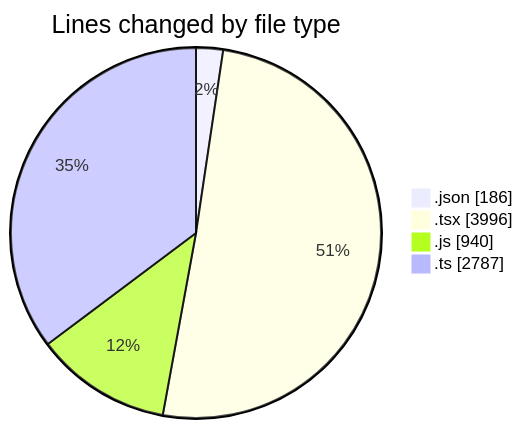
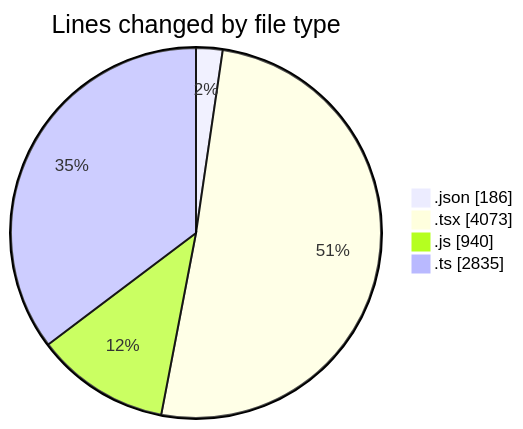
The first of 2 diagrams in 2026-07-14/cda/README.md (momahboobian/code-tracking), drawn with Mermaid before and after one commit. The commit also changed other lines of this file and 1 other file, not shown here.

````diff
--- a/2026-07-14/cda/README.md
+++ b/2026-07-14/cda/README.md
@@ -52,8 +52,8 @@
 ```mermaid
 pie showData
 title Lines changed by file type
 ".json" : 186
-".tsx" : 3996
+".tsx" : 4073
 ".js" : 940
-".ts" : 2787
+".ts" : 2835
 ```
````
